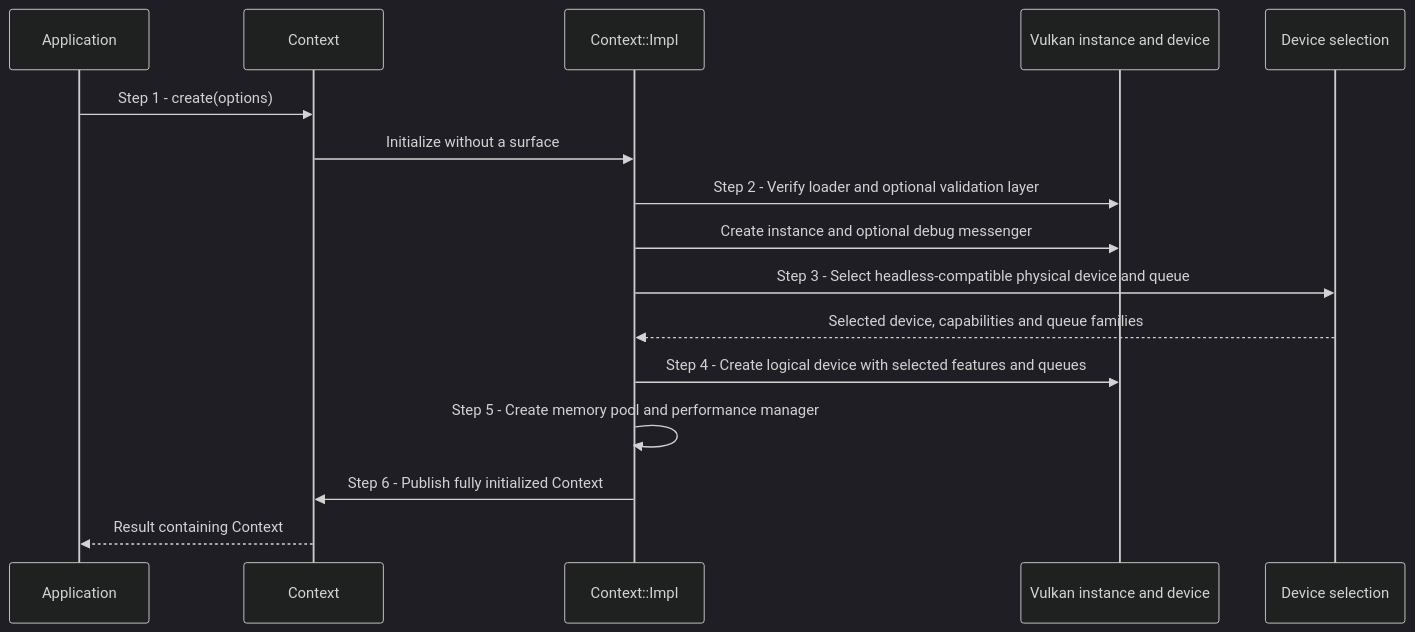
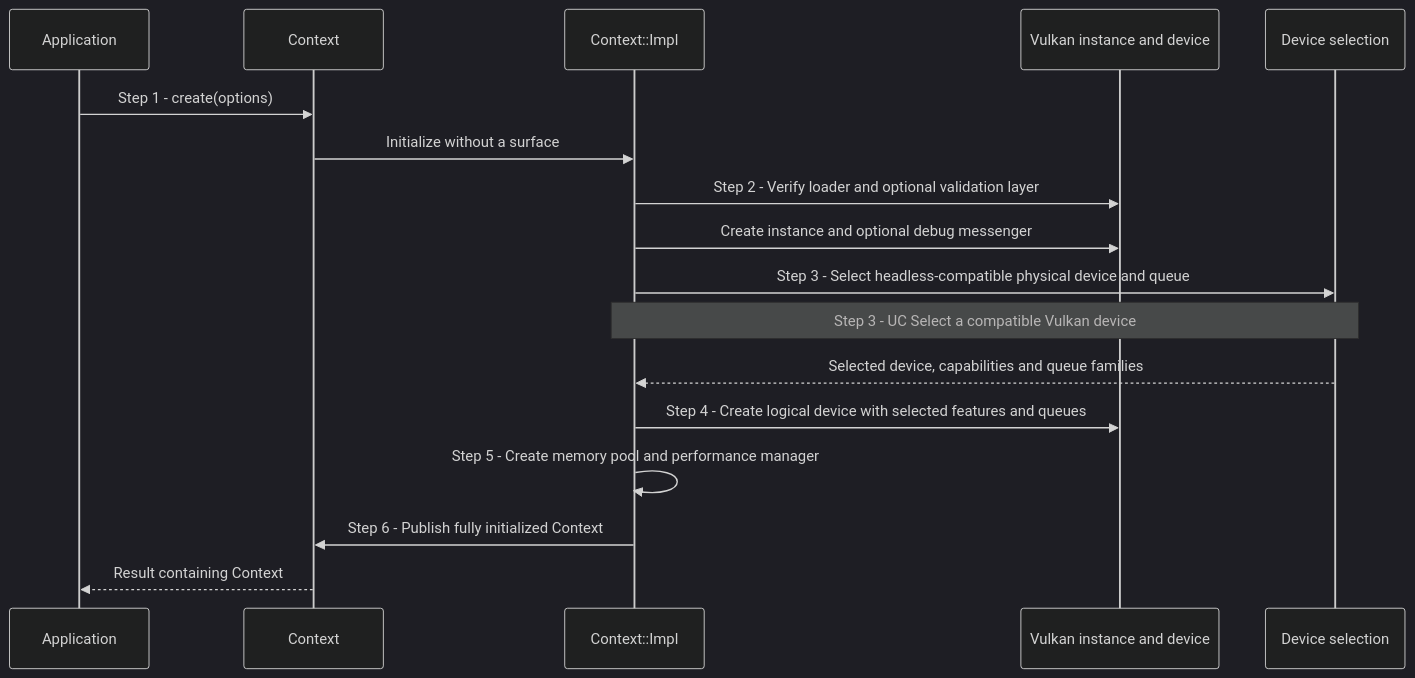
One commit to a-soltysik/Panda changed the first of 3 diagrams in docs/use-cases/create-context.md. Above: the diagram before and after it, drawn with Mermaid (dark theme). The commit also changed other lines of this file and 23 other files, not shown here.

Commit message:
Align use-case references and document shared upload flows (#82)

````diff
--- a/docs/use-cases/create-context.md
+++ b/docs/use-cases/create-context.md
@@ -53,18 +53,19 @@
 ```mermaid
 sequenceDiagram
     participant A as Application
     participant C as Context
     participant I as Context::Impl
     participant V as Vulkan instance and device
     participant D as Device selection
     A->>C: Step 1 - create(options)
     C->>I: Initialize without a surface
     I->>V: Step 2 - Verify loader and optional validation layer
     I->>V: Create instance and optional debug messenger
     I->>D: Step 3 - Select headless-compatible physical device and queue
+    Note over I,D: Step 3 - UC Select a compatible Vulkan device
     D-->>I: Selected device, capabilities and queue families
     I->>V: Step 4 - Create logical device with selected features and queues
     I->>I: Step 5 - Create memory pool and performance manager
     I->>C: Step 6 - Publish fully initialized Context
     C-->>A: Result containing Context
 ```
````
